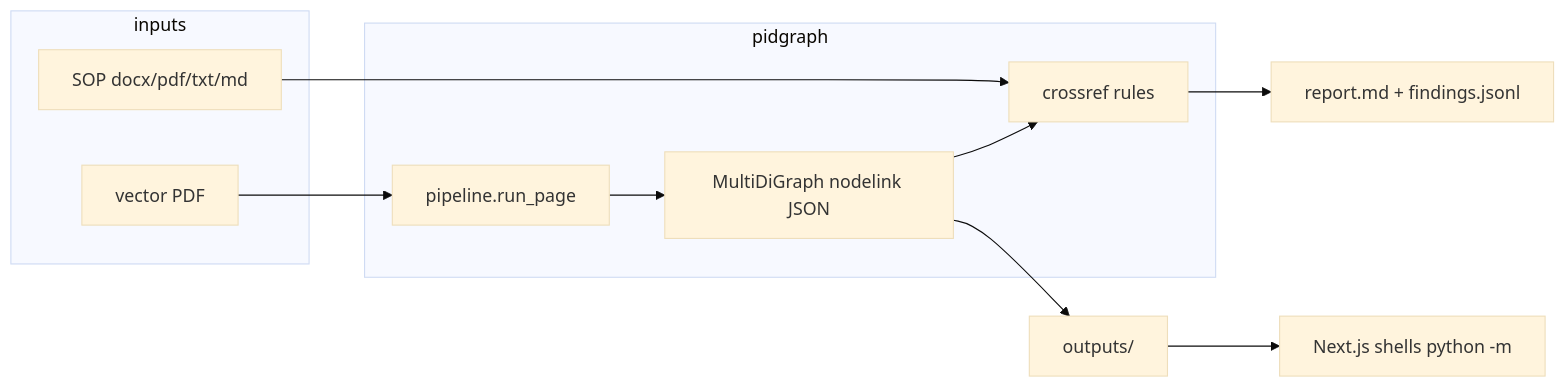
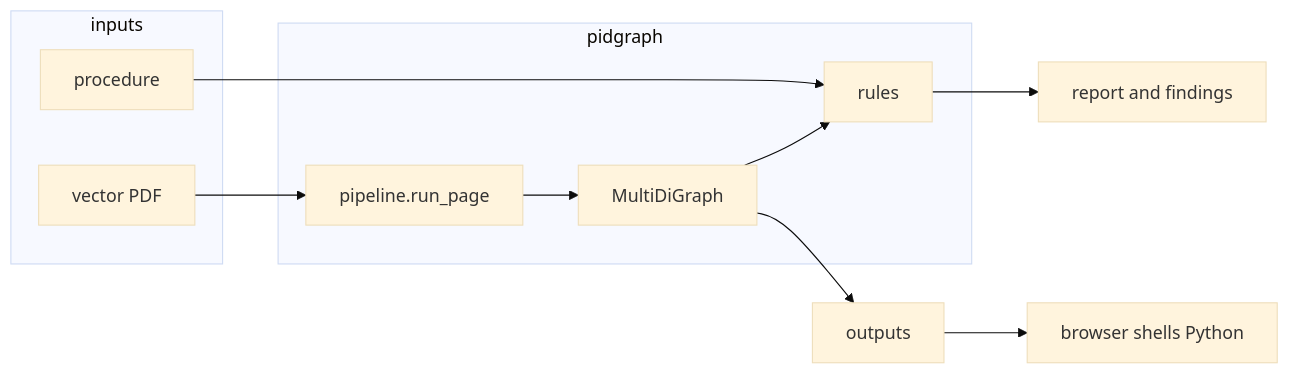
Before and after one commit to MihaiBobeica/pidgraph: the diagram in docs/architecture.md, drawn with Mermaid (base theme). The commit also changed other lines of this file and 7 other files, not shown here.

````diff
--- a/docs/architecture.md
+++ b/docs/architecture.md
@@ -3,18 +7,18 @@
 ```mermaid
 flowchart LR
   subgraph inputs [inputs]
     PDF[vector PDF]
-    SOP[SOP docx/pdf/txt/md]
+    SOP[procedure]
   end
   subgraph core [pidgraph]
     Pipe[pipeline.run_page]
-    G[MultiDiGraph nodelink JSON]
-    XR[crossref rules]
+    G[MultiDiGraph]
+    XR[rules]
   end
   PDF --> Pipe --> G
   G --> XR
   SOP --> XR
-  XR --> Out[report.md + findings.jsonl]
-  G --> Disk[outputs/]
-  Disk --> UI[Next.js shells python -m]
+  XR --> Out[report and findings]
+  G --> Disk[outputs]
+  Disk --> UI[browser shells Python]
 ```
````
